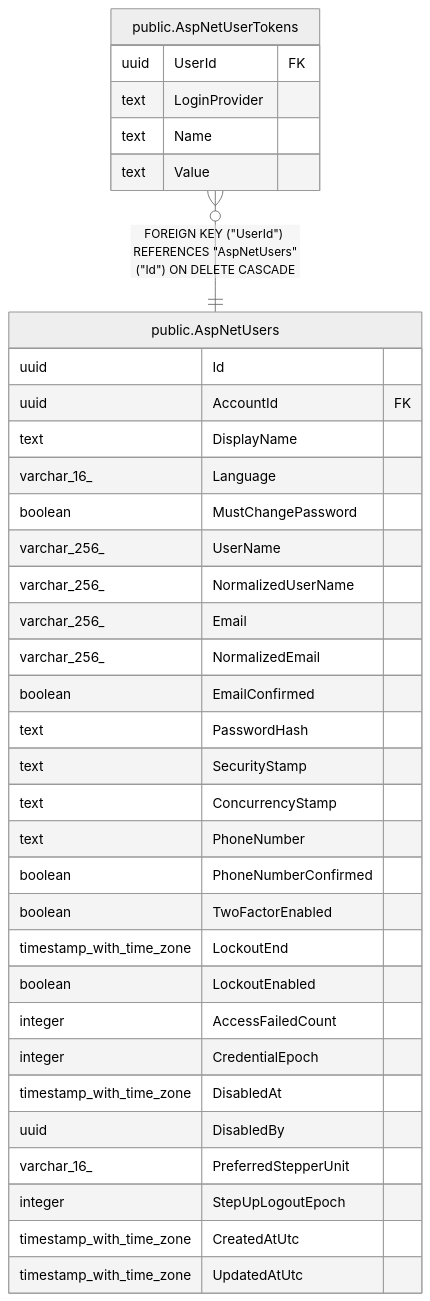
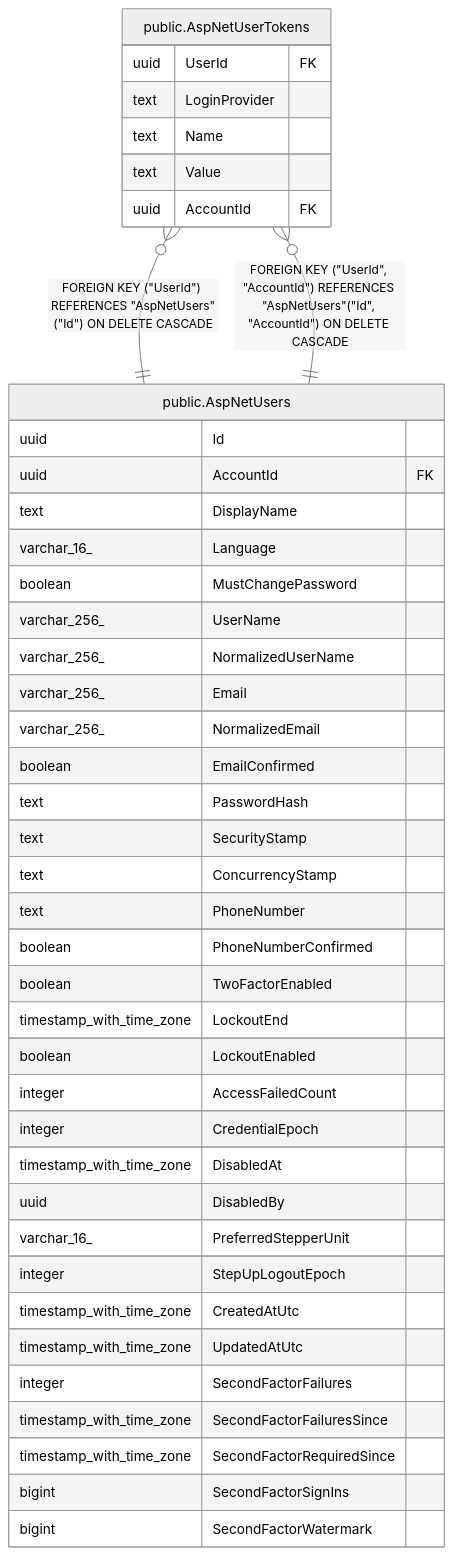
The diagram in docs/schema/public.AspNetUserTokens.md (mforce/cluckwork), drawn with Mermaid (neutral theme) before and after one commit. The commit also changed other lines of this file and 26 other files, not shown here.

Commit message:
feat(auth): give AspNetUserTokens a tenant guard and store two-factor secrets protected (#1345)

````diff
--- a/docs/schema/public.AspNetUserTokens.md
+++ b/docs/schema/public.AspNetUserTokens.md
@@ -36,40 +40,47 @@
 ```mermaid
 erDiagram
 
 "public.AspNetUserTokens" }o--|| "public.AspNetUsers" : "FOREIGN KEY (#quot;UserId#quot;) REFERENCES #quot;AspNetUsers#quot;(#quot;Id#quot;) ON DELETE CASCADE"
+"public.AspNetUserTokens" }o--|| "public.AspNetUsers" : "FOREIGN KEY (#quot;UserId#quot;, #quot;AccountId#quot;) REFERENCES #quot;AspNetUsers#quot;(#quot;Id#quot;, #quot;AccountId#quot;) ON DELETE CASCADE"
 
 "public.AspNetUserTokens" {
   uuid UserId FK
   text LoginProvider
   text Name
   text Value
+  uuid AccountId FK
 }
 "public.AspNetUsers" {
   uuid Id
   uuid AccountId FK
   text DisplayName
   varchar_16_ Language
   boolean MustChangePassword
   varchar_256_ UserName
   varchar_256_ NormalizedUserName
   varchar_256_ Email
   varchar_256_ NormalizedEmail
   boolean EmailConfirmed
   text PasswordHash
   text SecurityStamp
   text ConcurrencyStamp
   text PhoneNumber
   boolean PhoneNumberConfirmed
   boolean TwoFactorEnabled
   timestamp_with_time_zone LockoutEnd
   boolean LockoutEnabled
   integer AccessFailedCount
   integer CredentialEpoch
   timestamp_with_time_zone DisabledAt
   uuid DisabledBy
   varchar_16_ PreferredStepperUnit
   integer StepUpLogoutEpoch
   timestamp_with_time_zone CreatedAtUtc
   timestamp_with_time_zone UpdatedAtUtc
+  integer SecondFactorFailures
+  timestamp_with_time_zone SecondFactorFailuresSince
+  timestamp_with_time_zone SecondFactorRequiredSince
+  bigint SecondFactorSignIns
+  bigint SecondFactorWatermark
 }
 ```
````
